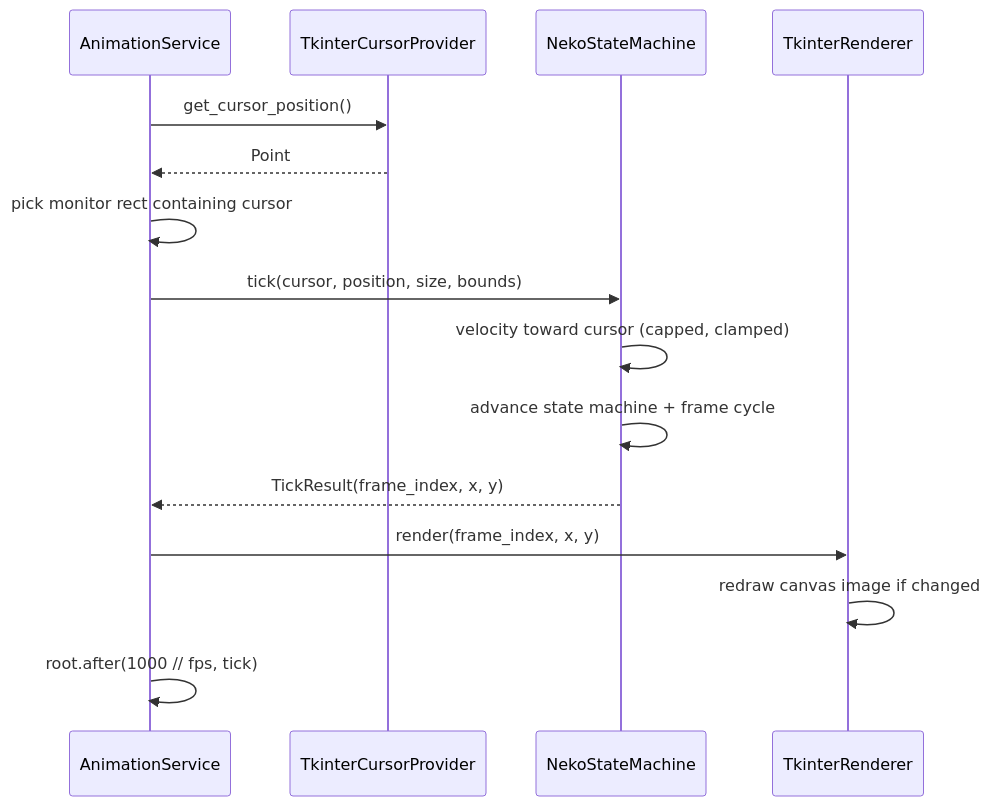
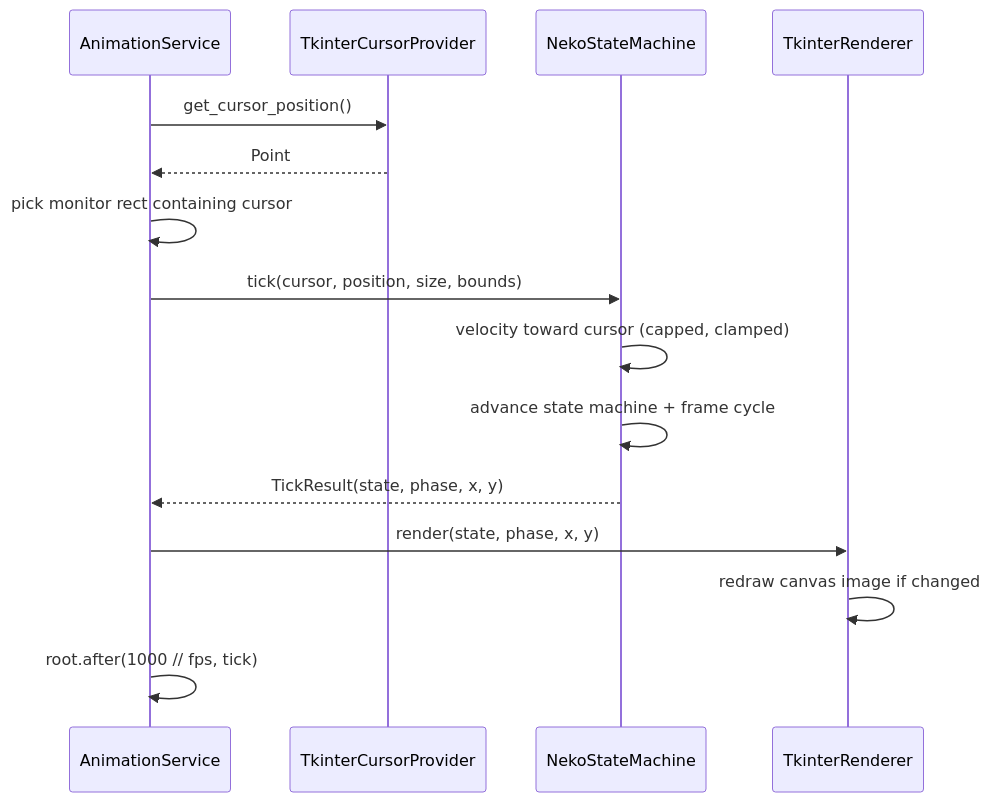
One commit to tajas20006/neko2020 changed the second of 2 diagrams in .agents/summary/workflows.md. Above: the diagram before and after it, drawn with Mermaid. The commit also changed 17 other files, not shown here.

````diff
--- a/.agents/summary/workflows.md
+++ b/.agents/summary/workflows.md
@@ -33,18 +33,18 @@
 ```mermaid
 sequenceDiagram
     participant Service as AnimationService
     participant Cursor as TkinterCursorProvider
     participant SM as NekoStateMachine
     participant Renderer as TkinterRenderer
 
     Service->>Cursor: get_cursor_position()
     Cursor-->>Service: Point
     Service->>Service: pick monitor rect containing cursor
     Service->>SM: tick(cursor, position, size, bounds)
     SM->>SM: velocity toward cursor (capped, clamped)
     SM->>SM: advance state machine + frame cycle
-    SM-->>Service: TickResult(frame_index, x, y)
-    Service->>Renderer: render(frame_index, x, y)
+    SM-->>Service: TickResult(state, phase, x, y)
+    Service->>Renderer: render(state, phase, x, y)
     Renderer->>Renderer: redraw canvas image if changed
     Service->>Service: root.after(1000 // fps, tick)
 ```
````
